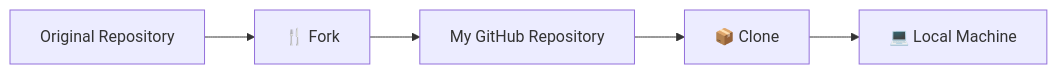
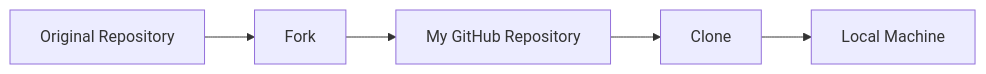
Before and after one commit to Yuvii2102/My-Devops-Cloud-Journey: the third of 37 diagrams in DevOps-Labs-and-Projects/ Day-06 to Day-12/README.md, drawn with Mermaid. The commit also changed other lines of this file, not shown here.

````diff
--- a/DevOps-Labs-and-Projects/ Day-06 to Day-12/README.md
+++ b/DevOps-Labs-and-Projects/ Day-06 to Day-12/README.md
@@ -266,7 +161,7 @@
 ```mermaid
 flowchart LR
-    A["Original Repository"] --> B["🍴 Fork"]
+    A["Original Repository"] --> B["Fork"]
     B --> C["My GitHub Repository"]
-    C --> D["📦 Clone"]
-    D --> E["💻 Local Machine"]
+    C --> D["Clone"]
+    D --> E["Local Machine"]
 ```
````
